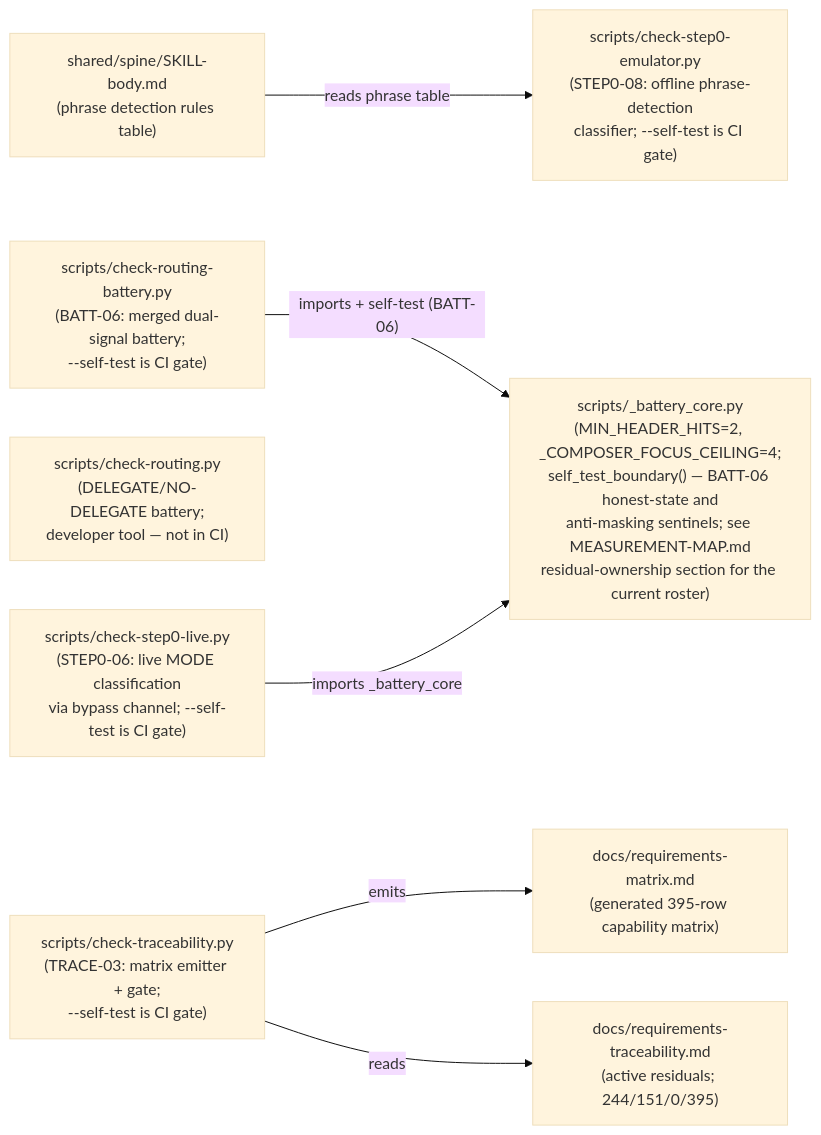
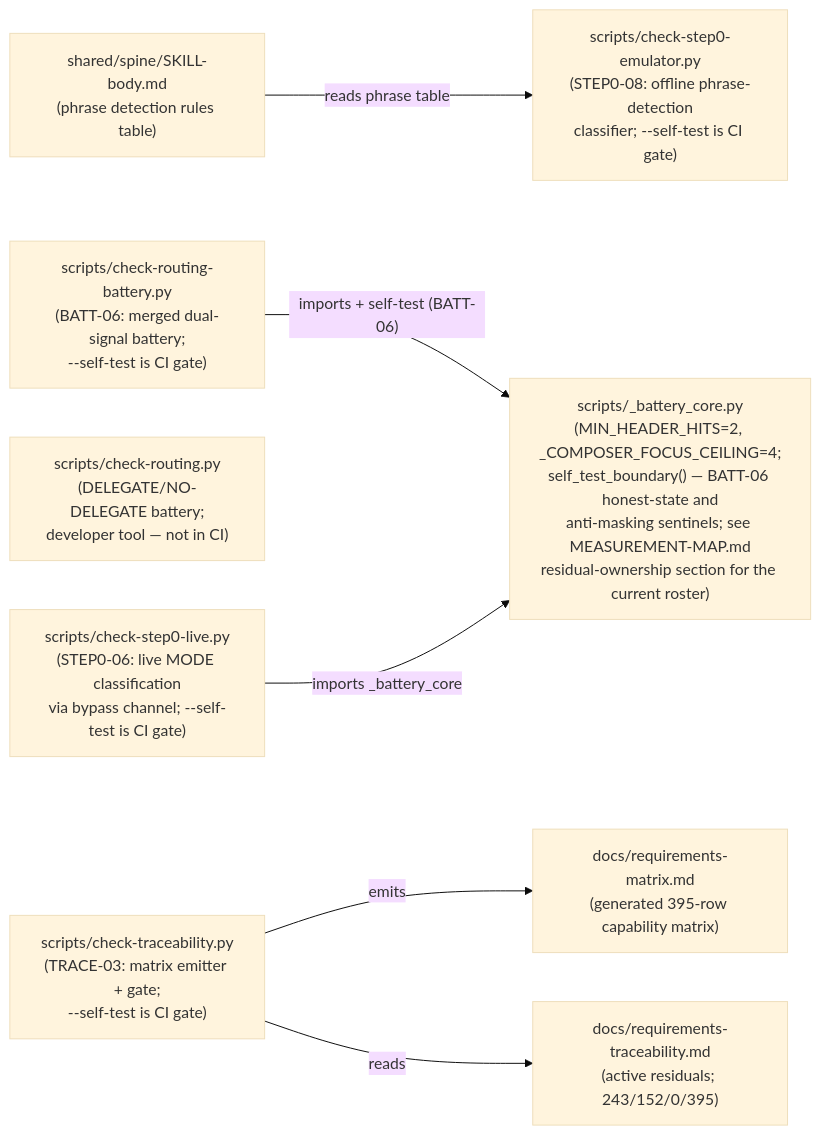
Before and after one commit to chrisdavidson/first-principles-skill: the second of 2 diagrams in docs/COMPONENT-DIAGRAM.md, drawn with Mermaid (base theme). The commit also changed 9 other files, not shown here.

````diff
--- a/docs/COMPONENT-DIAGRAM.md
+++ b/docs/COMPONENT-DIAGRAM.md
@@ -84,24 +84,24 @@
 ```mermaid
 flowchart LR
     SKILLBODY["shared/spine/SKILL-body.md\n(phrase detection rules table)"]
 
     CORE["scripts/_battery_core.py\n(MIN_HEADER_HITS=2, _COMPOSER_FOCUS_CEILING=4;\nself_test_boundary() — BATT-06 honest-state and\nanti-masking sentinels; see MEASUREMENT-MAP.md\nresidual-ownership section for the current roster)"]
 
     BATT["scripts/check-routing-battery.py\n(BATT-06: merged dual-signal battery;\n--self-test is CI gate)"]
     ROUTING["scripts/check-routing.py\n(DELEGATE/NO-DELEGATE battery;\ndeveloper tool — not in CI)"]
 
     EMU["scripts/check-step0-emulator.py\n(STEP0-08: offline phrase-detection\nclassifier; --self-test is CI gate)"]
     LIVE["scripts/check-step0-live.py\n(STEP0-06: live MODE classification\nvia bypass channel; --self-test is CI gate)"]
 
     TRACE["scripts/check-traceability.py\n(TRACE-03: matrix emitter + gate;\n--self-test is CI gate)"]
     MATRIX["docs/requirements-matrix.md\n(generated 395-row capability matrix)"]
-    TRACEABILITY["docs/requirements-traceability.md\n(active residuals; 244/151/0/395)"]
+    TRACEABILITY["docs/requirements-traceability.md\n(active residuals; 243/152/0/395)"]
 
     SKILLBODY -->|"reads phrase table"| EMU
 
     BATT -->|"imports + self-test (BATT-06)"| CORE
     LIVE -->|"imports _battery_core"| CORE
 
     TRACE -->|"emits"| MATRIX
     TRACE -->|"reads"| TRACEABILITY
 ```
````
